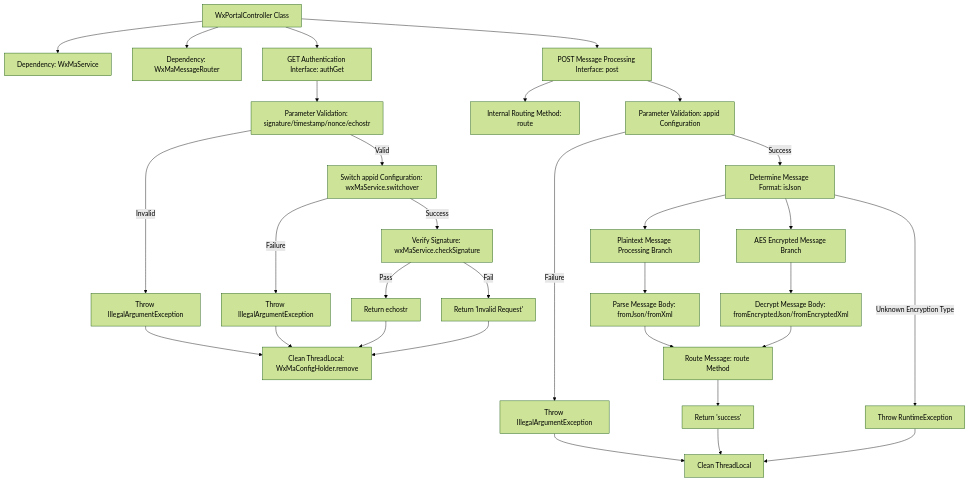
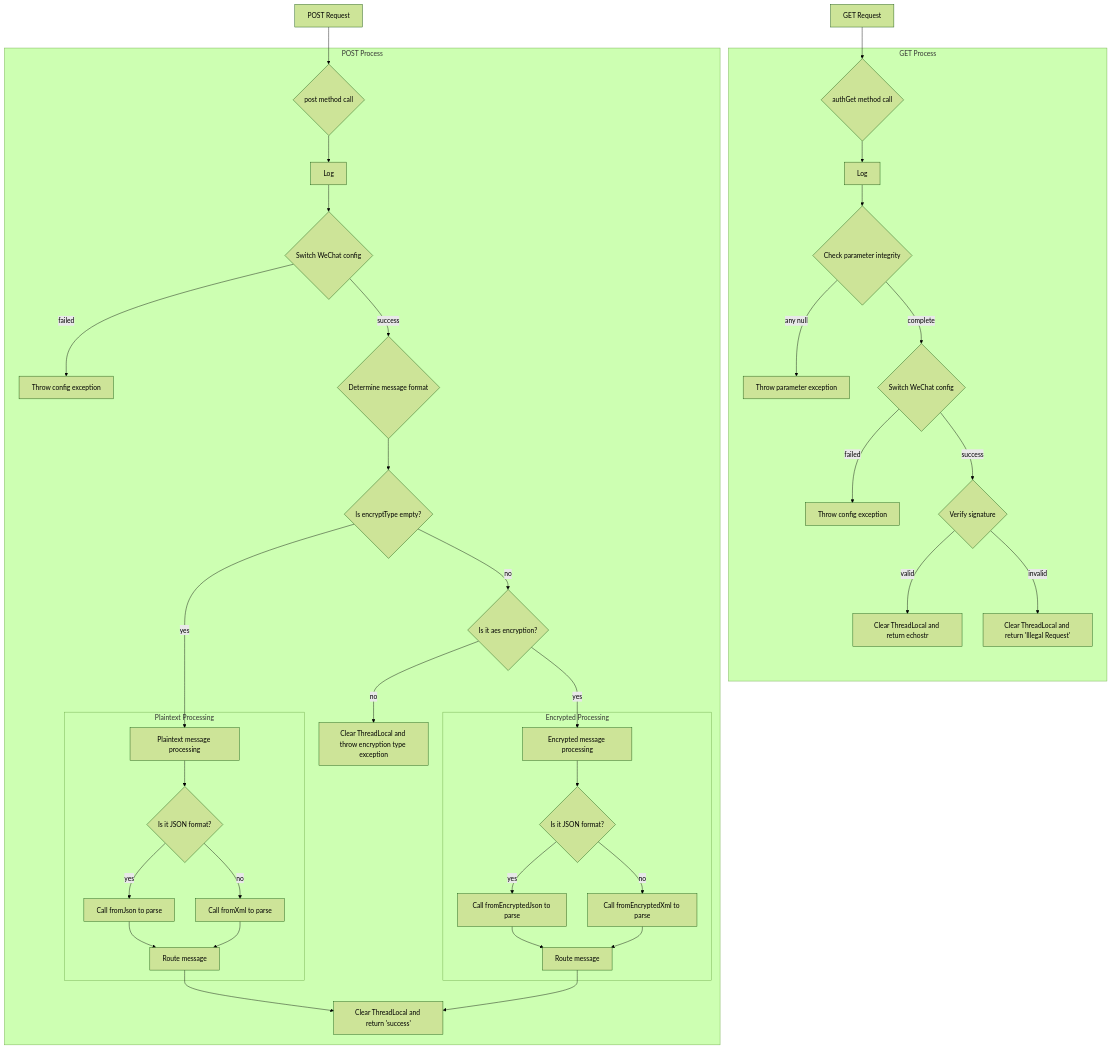
The second of 4 diagrams in docs/en/docs/src/main/java/com/github/binarywang/demo/wx/miniapp/controller/WxPortalController.md (v-wjrong/imrrong_weixin-java-miniapp-demo), drawn with Mermaid (forest theme) before and after one commit. The commit also changed other lines of this file and 51 other files, not shown here.

````diff
--- a/docs/en/docs/src/main/java/com/github/binarywang/demo/wx/miniapp/controller/WxPortalController.md
+++ b/docs/en/docs/src/main/java/com/github/binarywang/demo/wx/miniapp/controller/WxPortalController.md
@@ -85,37 +100,47 @@
 ```mermaid
-graph TD
-    A["WxPortalController Class"]
-    B["GET Authentication Interface: authGet"]
-    C["POST Message Processing Interface: post"]
-    D["Internal Routing Method: route"]
-    E["Dependency: WxMaService"]
-    F["Dependency: WxMaMessageRouter"]
-
-    A --> E
-    A --> F
-    A --> B
-    A --> C
-    C --> D
-
-    B --> B1["Parameter Validation: signature/timestamp/nonce/echostr"]
-    B1 -->|Invalid| B2["Throw IllegalArgumentException"]
-    B1 -->|Valid| B3["Switch appid Configuration: wxMaService.switchover"]
-    B3 -->|Failure| B4["Throw IllegalArgumentException"]
-    B3 -->|Success| B5["Verify Signature: wxMaService.checkSignature"]
-    B5 -->|Pass| B6["Return echostr"]
-    B5 -->|Fail| B7["Return 'Invalid Request'"]
-    B6 & B7 & B4 & B2 --> B8["Clean ThreadLocal: WxMaConfigHolder.remove"]
-
-    C --> C1["Parameter Validation: appid Configuration"]
-    C1 -->|Failure| C2["Throw IllegalArgumentException"]
-    C1 -->|Success| C3["Determine Message Format: isJson"]
-    C3 --> C4["Plaintext Message Processing Branch"]
-    C3 --> C5["AES Encrypted Message Branch"]
-    C4 --> C6["Parse Message Body: fromJson/fromXml"]
-    C5 --> C7["Decrypt Message Body: fromEncryptedJson/fromEncryptedXml"]
-    C6 & C7 --> C8["Route Message: route Method"]
-    C8 --> C9["Return 'success'"]
-    C9 & C2 --> C10["Clean ThreadLocal"]
-    C3 -->|Unknown Encryption Type| C11["Throw RuntimeException"]
-    C11 --> C10
+flowchart TD
+    A["GET Request"] --> B{"authGet method call"}
+    C["POST Request"] --> D{"post method call"}
+    
+    subgraph GET Process
+        B --> E["Log"]
+        E --> F{"Check parameter integrity"}
+        F -->|any null| G["Throw parameter exception"]
+        F -->|complete| H{"Switch WeChat config"}
+        H -->|failed| I["Throw config exception"]
+        H -->|success| J{"Verify signature"}
+        J -->|valid| K["Clear ThreadLocal and return echostr"]
+        J -->|invalid| L["Clear ThreadLocal and return 'Illegal Request'"]
+    end
+    
+    subgraph POST Process
+        D --> M["Log"]
+        M --> N{"Switch WeChat config"}
+        N -->|failed| O["Throw config exception"]
+        N -->|success| P{"Determine message format"}
+        P --> Q{"Is encryptType empty?"}
+        Q -->|yes| R["Plaintext message processing"]
+        Q -->|no| S{"Is it aes encryption?"}
+        S -->|yes| T["Encrypted message processing"]
+        S -->|no| U["Clear ThreadLocal and throw encryption type exception"]
+        
+        subgraph Plaintext Processing
+            R --> V{"Is it JSON format?"}
+            V -->|yes| W["Call fromJson to parse"]
+            V -->|no| X["Call fromXml to parse"]
+            W --> Y["Route message"]
+            X --> Y
+        end
+        
+        subgraph Encrypted Processing
+            T --> Z{"Is it JSON format?"}
+            Z -->|yes| AA["Call fromEncryptedJson to parse"]
+            Z -->|no| AB["Call fromEncryptedXml to parse"]
+            AA --> AC["Route message"]
+            AB --> AC
+        end
+        
+        Y --> AD["Clear ThreadLocal and return 'success'"]
+        AC --> AD
+    end
 ```
````
